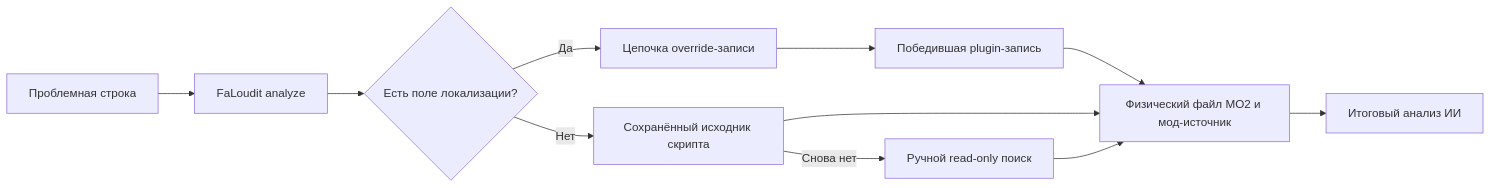
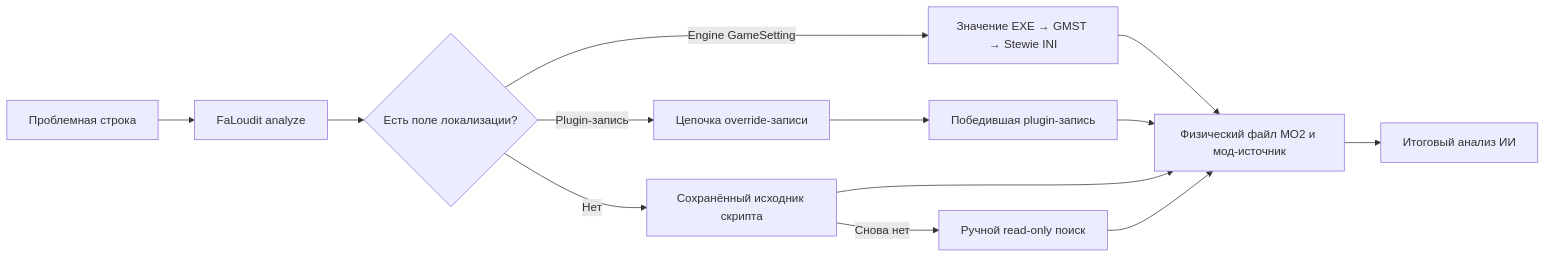
Before and after one commit to YAMium/FaLoudit: the diagram in README.ru.md, drawn with Mermaid. The commit also changed other lines of this file and 25 other files, not shown here.

Commit message:
feat: index engine string GameSettings

````diff
--- a/README.ru.md
+++ b/README.ru.md
@@ -58,13 +58,15 @@
 ```mermaid
 flowchart LR
     A[Проблемная строка] --> B[FaLoudit analyze]
     B --> C{Есть поле локализации?}
-    C -->|Да| D[Цепочка override-записи]
+    C -->|Plugin-запись| D[Цепочка override-записи]
+    C -->|Engine GameSetting| J[Значение EXE → GMST → Stewie INI]
     C -->|Нет| E[Сохранённый исходник скрипта]
     E -->|Снова нет| F[Ручной read-only поиск]
     D --> G[Победившая plugin-запись]
+    J --> H
     G --> H[Физический файл MO2 и мод-источник]
     E --> H
     F --> H
     H --> I[Итоговый анализ ИИ]
 ```
````
